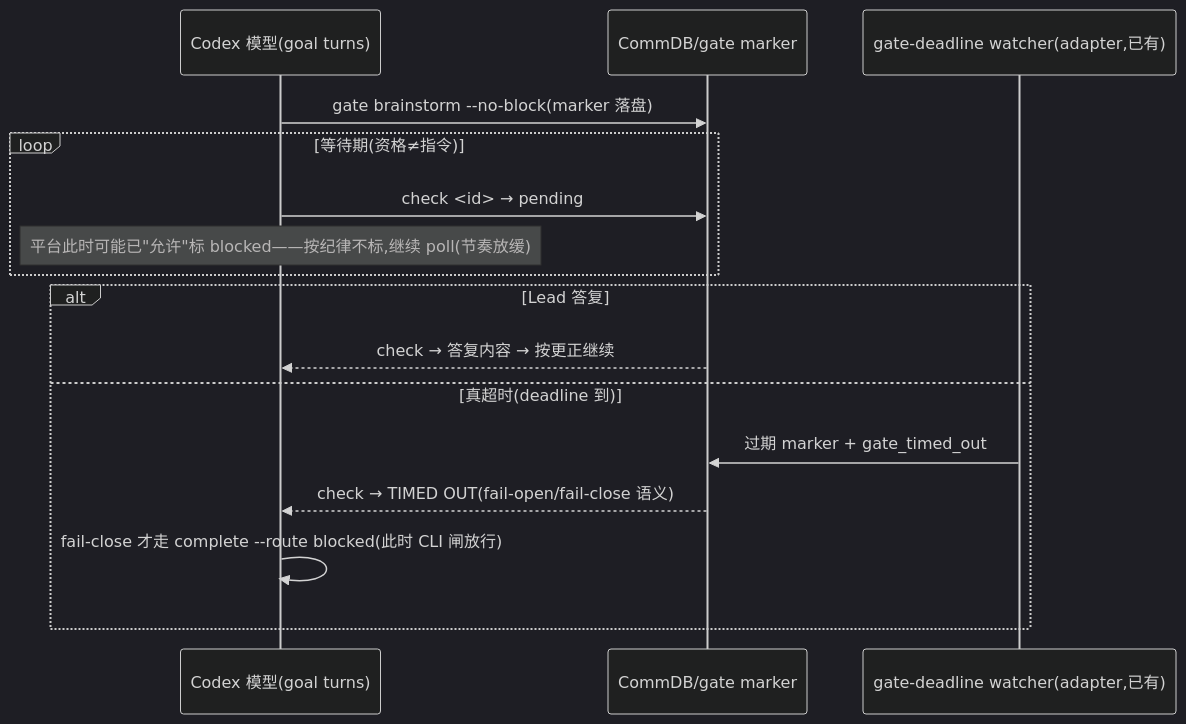
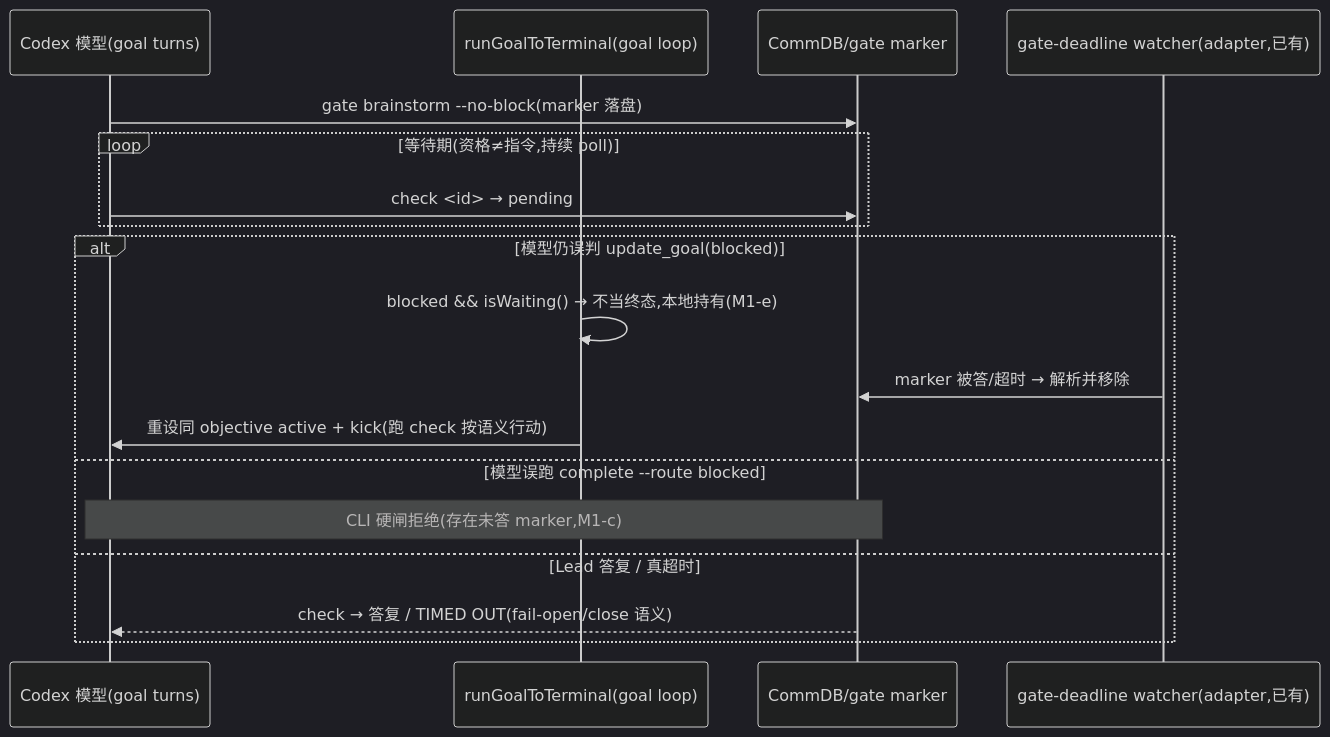
The diagram in engineering/doc/FLY-1257-codex-runtime-retry-defects/plan.md (xrliAnnie/flywheel-qa-sandbox), drawn with Mermaid (dark theme) before and after one commit. The commit also changed other lines of this file, not shown here.

````diff
--- a/engineering/doc/FLY-1257-codex-runtime-retry-defects/plan.md
+++ b/engineering/doc/FLY-1257-codex-runtime-retry-defects/plan.md
@@ -28,19 +30,21 @@
 ```mermaid
 sequenceDiagram
     participant M as Codex 模型(goal turns)
+    participant L as runGoalToTerminal(goal loop)
     participant DB as CommDB/gate marker
     participant W as gate-deadline watcher(adapter,已有)
 
     M->>DB: gate brainstorm --no-block(marker 落盘)
-    loop 等待期(资格≠指令)
+    loop 等待期(资格≠指令,持续 poll)
         M->>DB: check <id> → pending
-        Note over M: 平台此时可能已"允许"标 blocked——按纪律不标,继续 poll(节奏放缓)
     end
-    alt Lead 答复
-        DB-->>M: check → 答复内容 → 按更正继续
-    else 真超时(deadline 到)
-        W->>DB: 过期 marker + gate_timed_out
-        DB-->>M: check → TIMED OUT(fail-open/fail-close 语义)
-        M->>M: fail-close 才走 complete --route blocked(此时 CLI 闸放行)
+    alt 模型仍误判 update_goal(blocked)
+        L->>L: blocked && isWaiting() → 不当终态,本地持有(M1-e)
+        W->>DB: marker 被答/超时 → 解析并移除
+        L->>M: 重设同 objective active + kick(跑 check 按语义行动)
+    else 模型误跑 complete --route blocked
+        Note over M,DB: CLI 硬闸拒绝(存在未答 marker,M1-c)
+    else Lead 答复 / 真超时
+        DB-->>M: check → 答复 / TIMED OUT(fail-open/close 语义)
     end
 ```
````
